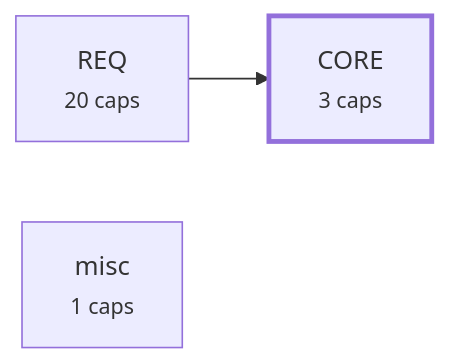
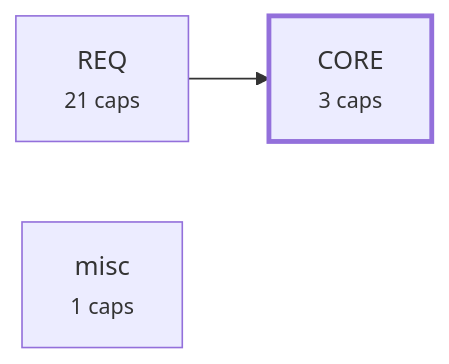
The third of 4 diagrams in plugin/requirements/_map.md (alxmax/Requirement-manager), drawn with Mermaid before and after one commit. The commit also changed other lines of this file and 10 other files, not shown here.

````diff
--- a/plugin/requirements/_map.md
+++ b/plugin/requirements/_map.md
@@ -189,8 +197,8 @@
 ```mermaid
 graph LR
   a_CORE["CORE<br><small>3 caps</small>"]
-  a_REQ["REQ<br><small>20 caps</small>"]
+  a_REQ["REQ<br><small>21 caps</small>"]
   a_misc["misc<br><small>1 caps</small>"]
   a_REQ --> a_CORE
   style a_CORE stroke-width:3px
 ```
````
